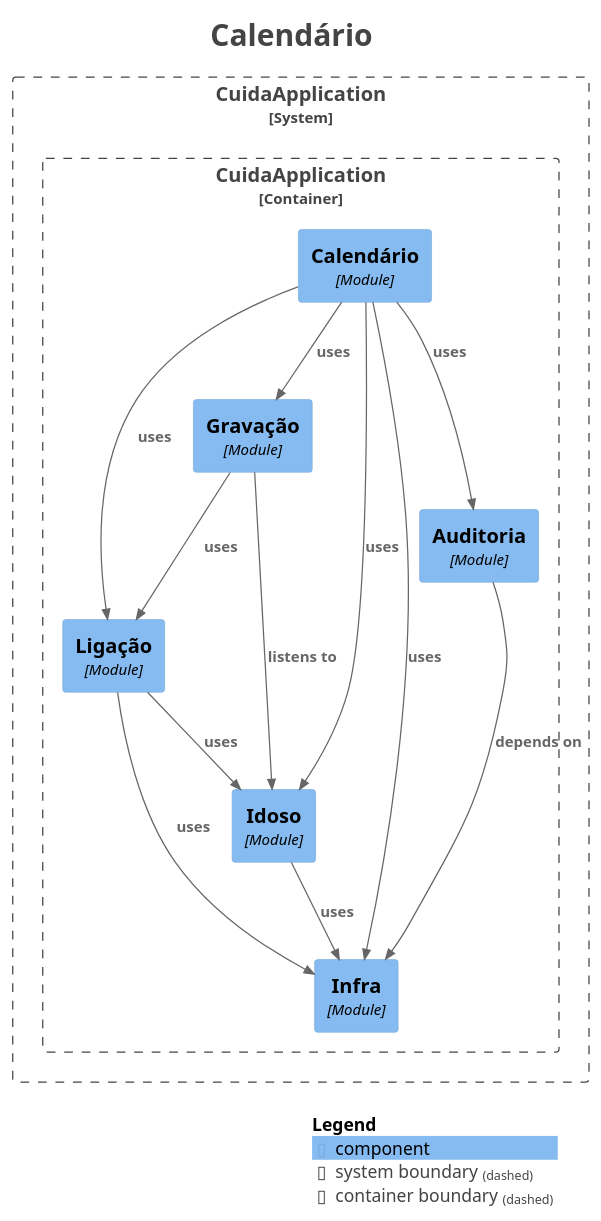
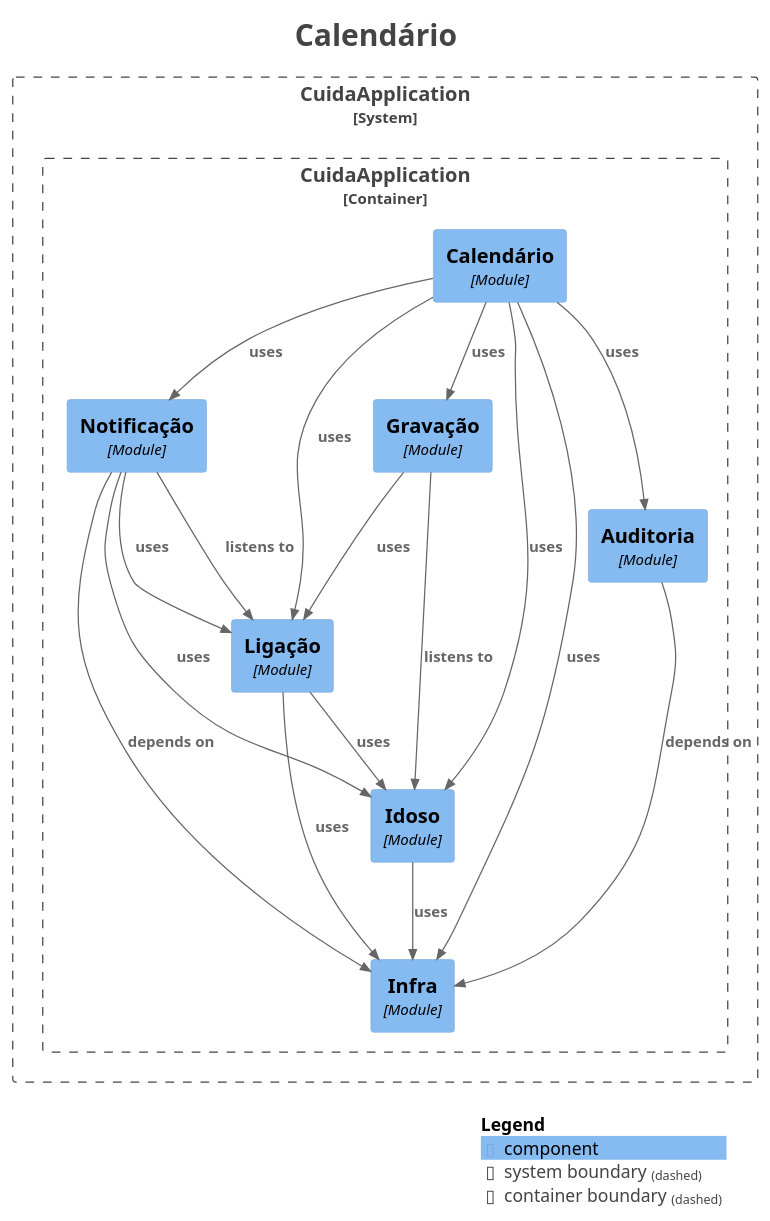
Before and after one commit to Rodrimir/alo_diario: the diagram in docs/modules/module-calendario.puml, drawn with PlantUML. The commit also changed 39 other files, not shown here.

```diff
--- a/docs/modules/module-calendario.puml
+++ b/docs/modules/module-calendario.puml
@@ -1,44 +1,50 @@
 @startuml
 title <size:24>Calendário</size>
 
 set separator none
 top to bottom direction
 
 <style>
   root {
     BackgroundColor: #ffffff
     FontColor: #444444
   }
 </style>
 
 !include <C4/C4>
 !include <C4/C4_Context>
 !include <C4/C4_Component>
 
 System_Boundary("CuidaApplication_boundary", "CuidaApplication", $tags="") {
   Container_Boundary("CuidaApplication.CuidaApplication_boundary", "CuidaApplication", $tags="") {
     Component(CuidaApplication.CuidaApplication.Ligação, "Ligação", $techn="Module", $descr="", $tags="", $link="")
     Component(CuidaApplication.CuidaApplication.Gravação, "Gravação", $techn="Module", $descr="", $tags="", $link="")
+    Component(CuidaApplication.CuidaApplication.Notificação, "Notificação", $techn="Module", $descr="", $tags="", $link="")
     Component(CuidaApplication.CuidaApplication.Calendário, "Calendário", $techn="Module", $descr="", $tags="", $link="")
     Component(CuidaApplication.CuidaApplication.Infra, "Infra", $techn="Module", $descr="", $tags="", $link="")
     Component(CuidaApplication.CuidaApplication.Auditoria, "Auditoria", $techn="Module", $descr="", $tags="", $link="")
     Component(CuidaApplication.CuidaApplication.Idoso, "Idoso", $techn="Module", $descr="", $tags="", $link="")
   }
 
 }
 
 Rel(CuidaApplication.CuidaApplication.Auditoria, CuidaApplication.CuidaApplication.Infra, "depends on", $techn="", $tags="", $link="")
 Rel(CuidaApplication.CuidaApplication.Calendário, CuidaApplication.CuidaApplication.Auditoria, "uses", $techn="", $tags="", $link="")
 Rel(CuidaApplication.CuidaApplication.Calendário, CuidaApplication.CuidaApplication.Gravação, "uses", $techn="", $tags="", $link="")
 Rel(CuidaApplication.CuidaApplication.Calendário, CuidaApplication.CuidaApplication.Idoso, "uses", $techn="", $tags="", $link="")
 Rel(CuidaApplication.CuidaApplication.Calendário, CuidaApplication.CuidaApplication.Infra, "uses", $techn="", $tags="", $link="")
 Rel(CuidaApplication.CuidaApplication.Calendário, CuidaApplication.CuidaApplication.Ligação, "uses", $techn="", $tags="", $link="")
+Rel(CuidaApplication.CuidaApplication.Calendário, CuidaApplication.CuidaApplication.Notificação, "uses", $techn="", $tags="", $link="")
 Rel(CuidaApplication.CuidaApplication.Gravação, CuidaApplication.CuidaApplication.Idoso, "listens to", $techn="", $tags="", $link="")
 Rel(CuidaApplication.CuidaApplication.Gravação, CuidaApplication.CuidaApplication.Ligação, "uses", $techn="", $tags="", $link="")
 Rel(CuidaApplication.CuidaApplication.Idoso, CuidaApplication.CuidaApplication.Infra, "uses", $techn="", $tags="", $link="")
 Rel(CuidaApplication.CuidaApplication.Ligação, CuidaApplication.CuidaApplication.Idoso, "uses", $techn="", $tags="", $link="")
 Rel(CuidaApplication.CuidaApplication.Ligação, CuidaApplication.CuidaApplication.Infra, "uses", $techn="", $tags="", $link="")
+Rel(CuidaApplication.CuidaApplication.Notificação, CuidaApplication.CuidaApplication.Idoso, "uses", $techn="", $tags="", $link="")
+Rel(CuidaApplication.CuidaApplication.Notificação, CuidaApplication.CuidaApplication.Infra, "depends on", $techn="", $tags="", $link="")
+Rel(CuidaApplication.CuidaApplication.Notificação, CuidaApplication.CuidaApplication.Ligação, "listens to", $techn="", $tags="", $link="")
+Rel(CuidaApplication.CuidaApplication.Notificação, CuidaApplication.CuidaApplication.Ligação, "uses", $techn="", $tags="", $link="")
 
 SHOW_LEGEND(true)
 hide stereotypes
 @enduml
```
